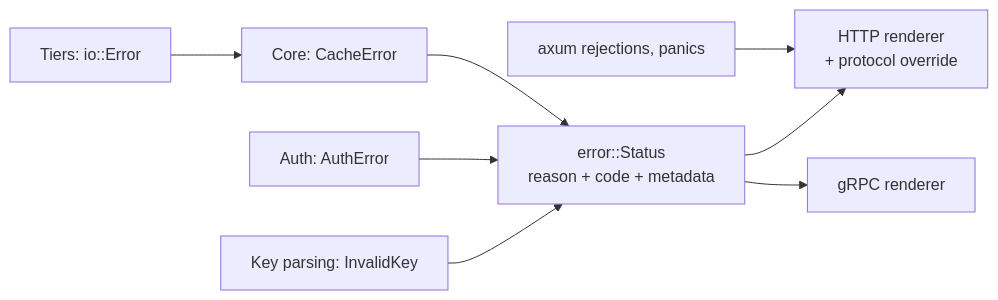
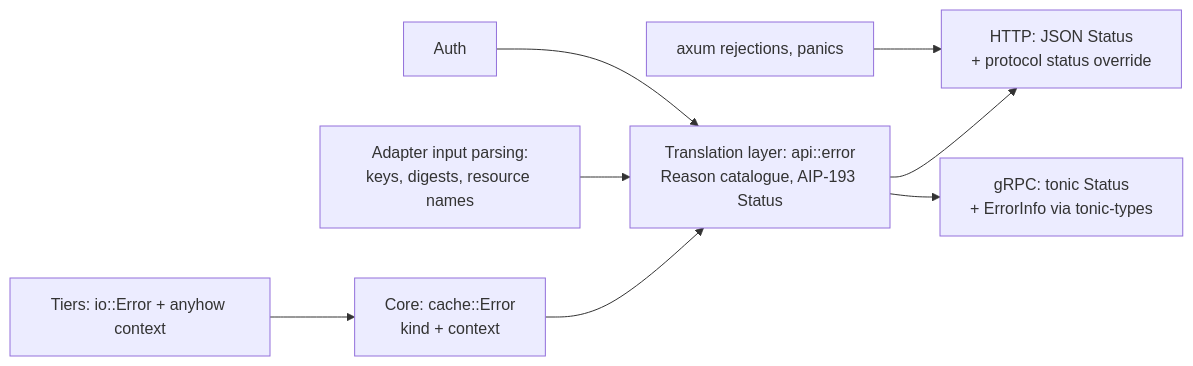
Before and after one commit to nevzheng/mammoth-cache: the diagram in docs/design/0017-errors.md, drawn with Mermaid. The commit also changed other lines of this file, not shown here.

First line of the commit message:
docs(design): 0017 coarse core kinds with anyhow context, reasons at the ports

````diff
--- a/docs/design/0017-errors.md
+++ b/docs/design/0017-errors.md
@@ -106,10 +109,10 @@
 ```mermaid
 flowchart LR
-  T[Tiers: io::Error] --> C[Core: CacheError]
-  K[Key parsing: InvalidKey] --> S
-  A[Auth: AuthError] --> S
-  C --> S[error::Status<br/>reason + code + metadata]
-  S --> H[HTTP renderer<br/>+ protocol override]
-  S --> G[gRPC renderer]
+  T[Tiers: io::Error + anyhow context] --> C[Core: cache::Error<br/>kind + context]
+  C --> TL[Translation layer: api::error<br/>Reason catalogue, AIP-193 Status]
+  K[Adapter input parsing:<br/>keys, digests, resource names] --> TL
+  A[Auth] --> TL
+  TL --> H[HTTP: JSON Status<br/>+ protocol status override]
+  TL --> G[gRPC: tonic Status<br/>+ ErrorInfo via tonic-types]
   R[axum rejections, panics] --> H
 ```
````
